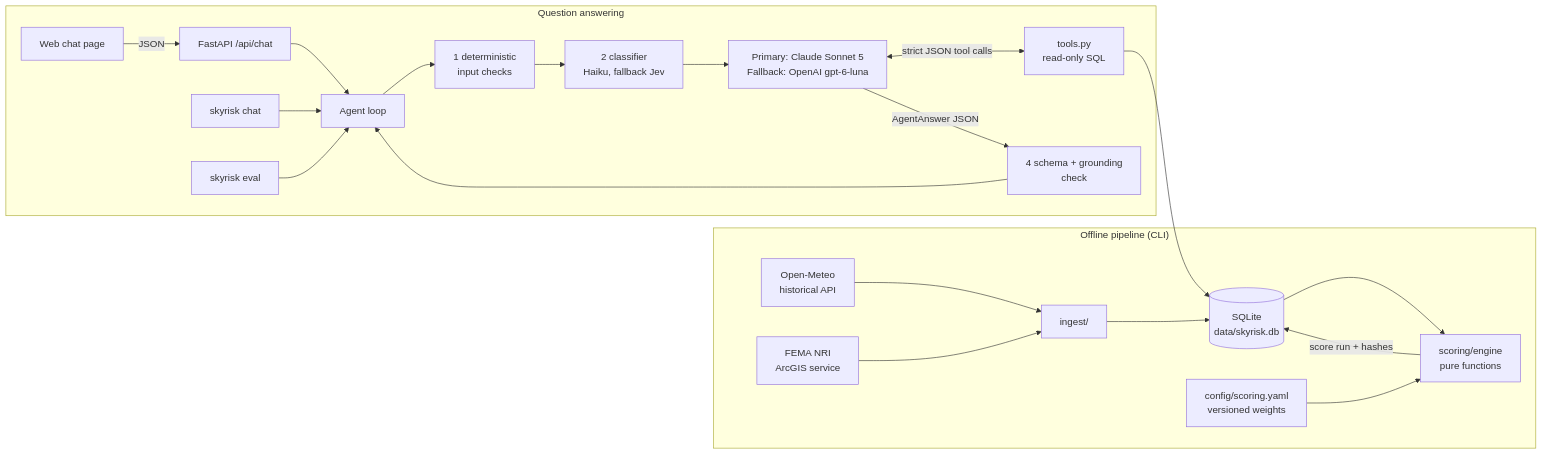
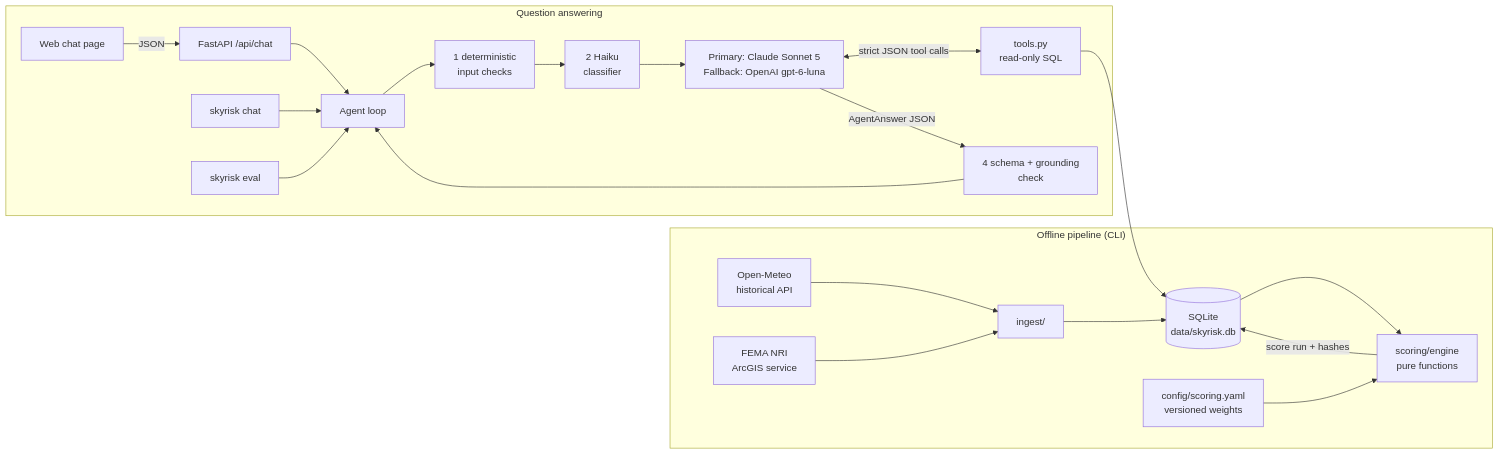
Before and after one commit to NoyKlar/SkyRisk: the first of 2 diagrams in docs/DESIGN.md, drawn with Mermaid. The commit also changed other lines of this file and 7 other files, not shown here.

First line of the commit message:
config: drop Jev as the fallback classifier; Haiku alone by default

````diff
--- a/docs/DESIGN.md
+++ b/docs/DESIGN.md
@@ -13,25 +13,25 @@
 ```mermaid
 flowchart LR
     subgraph Offline["Offline pipeline (CLI)"]
         OM[Open-Meteo<br/>historical API] --> ING[ingest/]
         NRI[FEMA NRI<br/>ArcGIS service] --> ING
         ING --> DB[(SQLite<br/>data/skyrisk.db)]
         DB --> ENG[scoring/engine<br/>pure functions]
         CFG[config/scoring.yaml<br/>versioned weights] --> ENG
         ENG -->|score run + hashes| DB
     end
 
     subgraph Online["Question answering"]
         UI[Web chat page] -->|JSON| API[FastAPI /api/chat]
         CLI[skyrisk chat] --> AG
         EV[skyrisk eval] --> AG
         API --> AG[Agent loop]
         AG --> G1[1 deterministic<br/>input checks]
-        G1 --> G2[2 classifier<br/>Haiku, fallback Jev]
+        G1 --> G2[2 Haiku<br/>classifier]
         G2 --> LLM[Primary: Claude Sonnet 5<br/>Fallback: OpenAI gpt-6-luna]
         LLM <-->|strict JSON tool calls| TOOLS[tools.py<br/>read-only SQL]
         TOOLS --> DB
         LLM -->|AgentAnswer JSON| G4[4 schema + grounding<br/>check]
         G4 --> AG
     end
 ```
````
